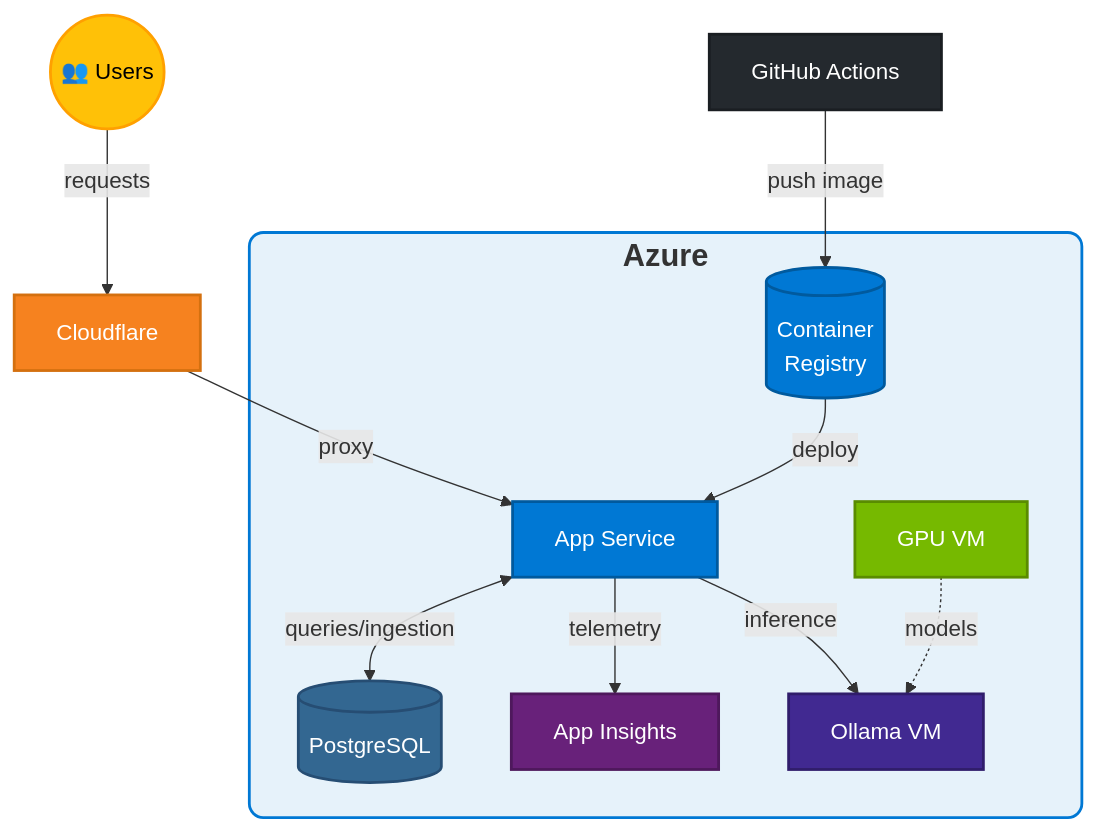
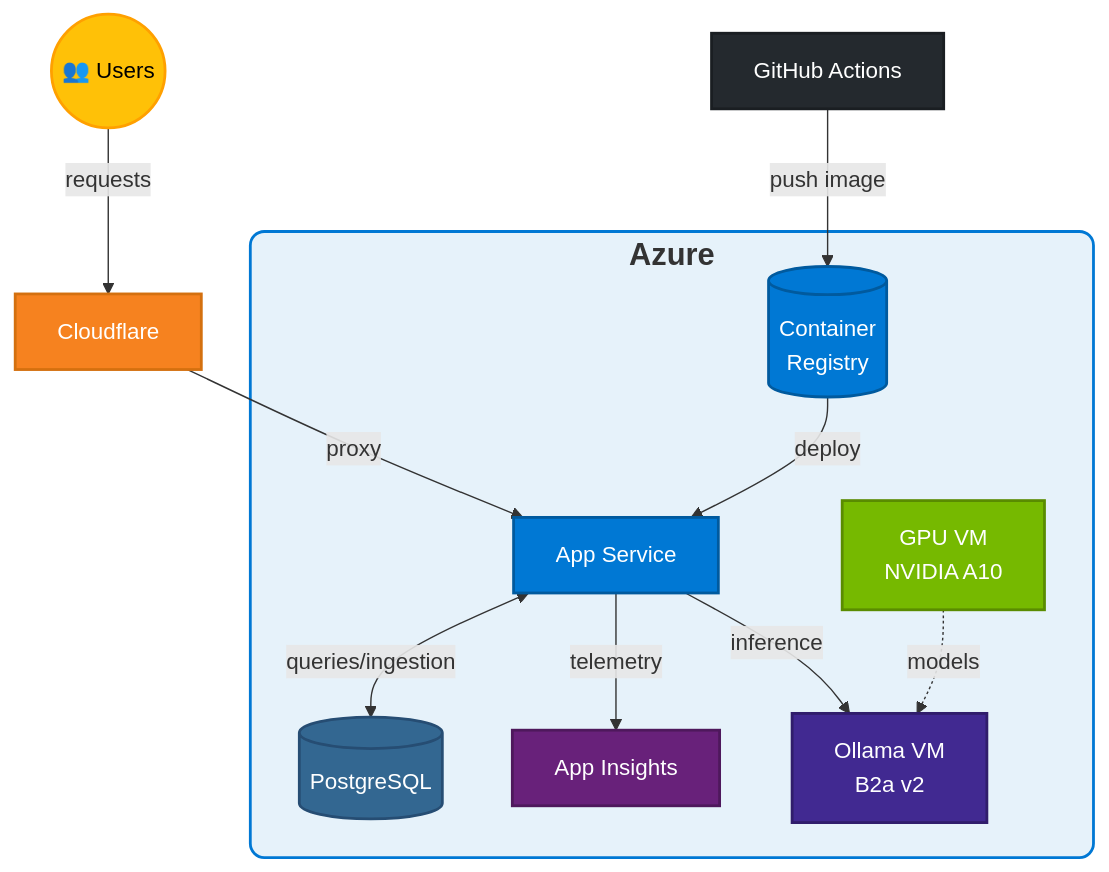
The diagram in README.md (atomassi/rbac-catalog), drawn with Mermaid before and after one commit. The commit also changed other lines of this file, not shown here.

````diff
--- a/README.md
+++ b/README.md
@@ -38,35 +38,35 @@
 ```mermaid
 flowchart TD
     USER((👥  Users)):::user
     GH[GitHub Actions]:::github
     CDN[Cloudflare]:::cdn
     
     subgraph AZ ["<span style='font-size:22px;font-weight:bold'>Azure</span>"]
         CR[(Container<br/>Registry)]:::azure
         AS[App Service]:::azure
         PG[(PostgreSQL)]:::db
         AI[App Insights]:::monitor
-        OL[Ollama VM]:::ollama
-        GPU[GPU VM]:::gpu
+        OL[Ollama VM<br/>B2a v2]:::ollama
+        GPU[GPU VM<br/>NVIDIA A10]:::gpu
     end
     
     USER -->|requests| CDN
     CDN -->|proxy| AS
     GH -->|push image| CR
     CR -->|deploy| AS
     AS <-->|queries/ingestion| PG
     AS -->|telemetry| AI
     AS -->|inference| OL
     GPU -.->|models| OL
     
     classDef user fill:#FFC107,color:#000,stroke:#FFA000,stroke-width:2px
     classDef github fill:#24292e,color:#fff,stroke:#1a1e22,stroke-width:2px
     classDef cdn fill:#F6821F,color:#fff,stroke:#d4700f,stroke-width:2px
     classDef azure fill:#0078D4,color:#fff,stroke:#005a9e,stroke-width:2px
     classDef db fill:#336791,color:#fff,stroke:#264d73,stroke-width:2px
     classDef ollama fill:#412991,color:#fff,stroke:#301d6b,stroke-width:2px
     classDef gpu fill:#76B900,color:#fff,stroke:#5a8c00,stroke-width:2px
     classDef monitor fill:#68217A,color:#fff,stroke:#4e185c,stroke-width:2px
     
     style AZ fill:#E6F2FA,stroke:#0078D4,stroke-width:2px,rx:10
 ```
````
